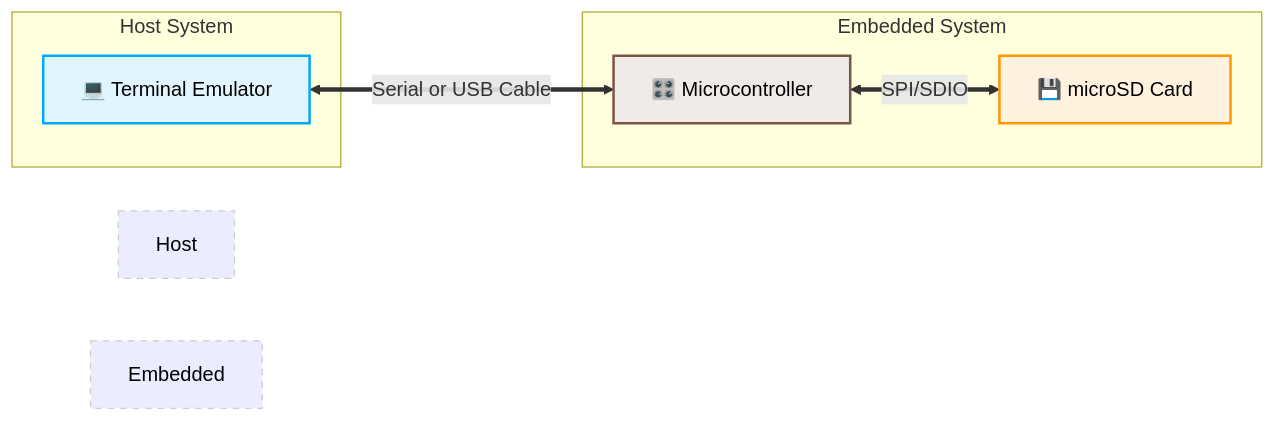
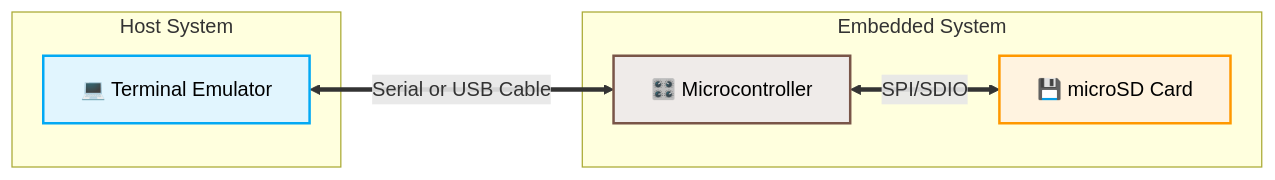
The first of 2 diagrams in README.md (bradleyeckert/LiteForth), drawn with Mermaid before and after one commit. The commit also changed other lines of this file, not shown here.

````diff
--- a/README.md
+++ b/README.md
@@ -8,30 +8,30 @@
 ```mermaid
 flowchart LR
     %% Components
     Term[💻 Terminal Emulator]
     MCU[🎛️ Microcontroller]
     SD[💾 microSD Card]
 
     %% Connections
     Term <== Serial or USB Cable ==> MCU
     MCU <== SPI/SDIO ==> SD
 
     %% Subgraphs for visual grouping
     subgraph Host System
         Term
     end
 
     subgraph Embedded System
         MCU
         SD
     end
 
     %% Component Styling
     style Term fill:#e1f5fe,stroke:#03a9f4,stroke-width:2px,color:#000
     style MCU fill:#efebe9,stroke:#795548,stroke-width:2px,color:#000
     style SD fill:#fff3e0,stroke:#ff9800,stroke-width:2px,color:#000
     
     %% Group Styling
-    style Host System fill:none,stroke:#ccc,stroke-dasharray: 5 5,color:#000
-    style Embedded System fill:none,stroke:#ccc,stroke-dasharray: 5 5,color:#000
+    %% style Host System fill:none,stroke:#ccc,stroke-dasharray: 5 5
+    %% style Embedded System fill:none,stroke:#ccc,stroke-dasharray: 5 5
 ```
````
